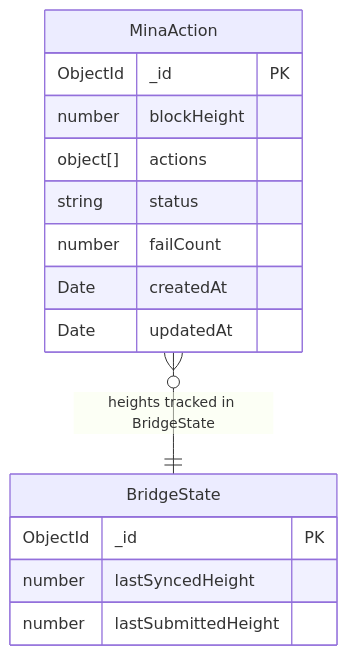
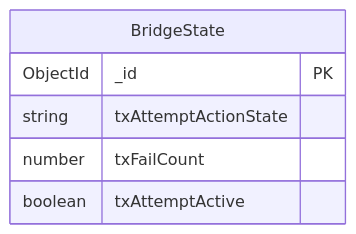
Before and after one commit to node101-io/pulsar: the third of 4 diagrams in bridge/docs/architecture.md, drawn with Mermaid. The commit also changed other lines of this file and 1 other file, not shown here.

Commit message:
docs(bridge): rewrite architecture and dev guide

````diff
--- a/bridge/docs/architecture.md
+++ b/bridge/docs/architecture.md
@@ -211,20 +208,9 @@
 ```mermaid
 erDiagram
-    MinaAction {
-        ObjectId _id PK
-        number blockHeight
-        object[] actions
-        string status
-        number failCount
-        Date createdAt
-        Date updatedAt
-    }
-
     BridgeState {
         ObjectId _id PK
-        number lastSyncedHeight
-        number lastSubmittedHeight
+        string txAttemptActionState
+        number txFailCount
+        boolean txAttemptActive
     }
-
-    MinaAction }o--|| BridgeState : "heights tracked in BridgeState"
 ```
````
